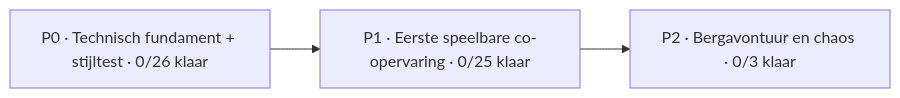
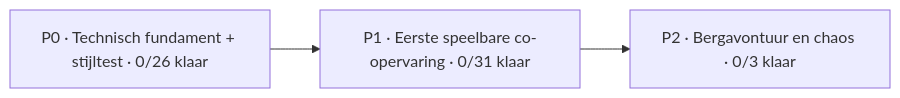
One commit to mlemson/conductor-chaos changed the diagram in Docs/PROJECT_BOARD.md. Above: the diagram before and after it, drawn with Mermaid. The commit also changed other lines of this file, not shown here.

````diff
--- a/Docs/PROJECT_BOARD.md
+++ b/Docs/PROJECT_BOARD.md
@@ -13,7 +13,7 @@
 ```mermaid
 flowchart LR
     P0["P0 · Technisch fundament + stijltest · 0/26 klaar"]
-    P1["P1 · Eerste speelbare co-opervaring · 0/25 klaar"]
+    P1["P1 · Eerste speelbare co-opervaring · 0/31 klaar"]
     P2["P2 · Bergavontuur en chaos · 0/3 klaar"]
     P0 --> P1 --> P2
 ```
````
